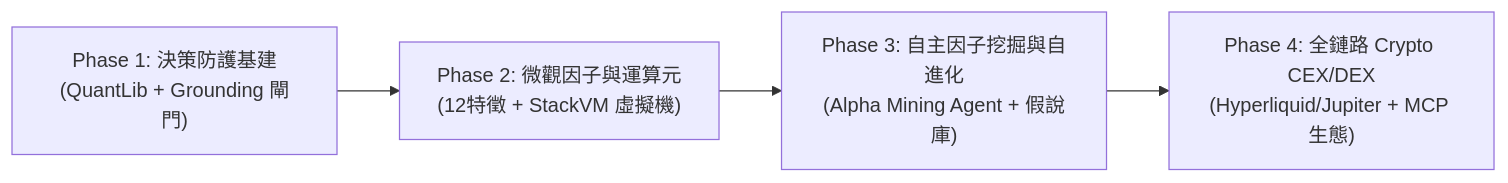
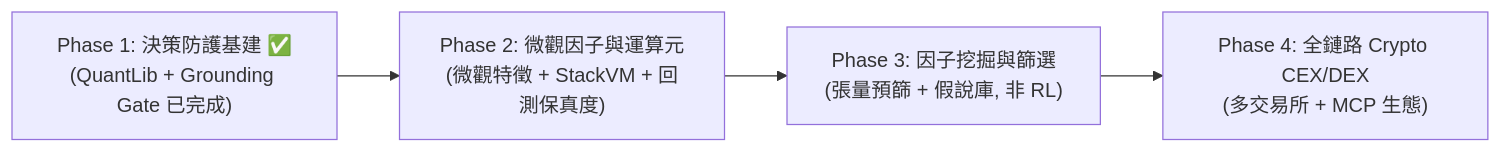
One commit to dimx9173/vibe-trading-encyc changed the first of 2 diagrams in docs/research/evolution-roadmap.md. Above: the diagram before and after it, drawn with Mermaid. The commit also changed other lines of this file and 1 other file, not shown here.

Commit message:
docs: correct roadmap direction - mark Phase 1 done, drop hash ledger and RL loop

````diff
--- a/docs/research/evolution-roadmap.md
+++ b/docs/research/evolution-roadmap.md
@@ -15,6 +16,6 @@
 ```mermaid
 graph LR
-    P1["Phase 1: 決策防護基建<br>(QuantLib + Grounding 閘門)"] --> P2["Phase 2: 微觀因子與運算元<br>(12特徵 + StackVM 虛擬機)"]
-    P2 --> P3["Phase 3: 自主因子挖掘與自進化<br>(Alpha Mining Agent + 假說庫)"]
-    P3 --> P4["Phase 4: 全鏈路 Crypto CEX/DEX<br>(Hyperliquid/Jupiter + MCP 生態)"]
+    P1["Phase 1: 決策防護基建 ✅<br>(QuantLib + Grounding Gate 已完成)"] --> P2["Phase 2: 微觀因子與運算元<br>(微觀特徵 + StackVM + 回測保真度)"]
+    P2 --> P3["Phase 3: 因子挖掘與篩選<br>(張量預篩 + 假說庫, 非 RL)"]
+    P3 --> P4["Phase 4: 全鏈路 Crypto CEX/DEX<br>(多交易所 + MCP 生態)"]
 ```
````
